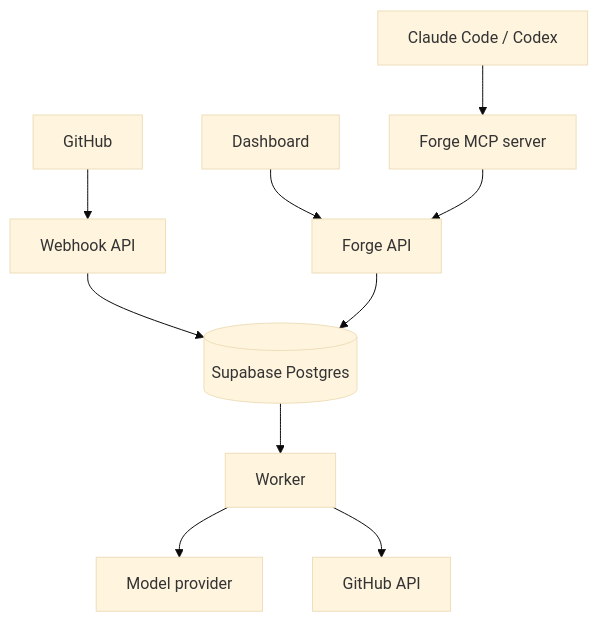
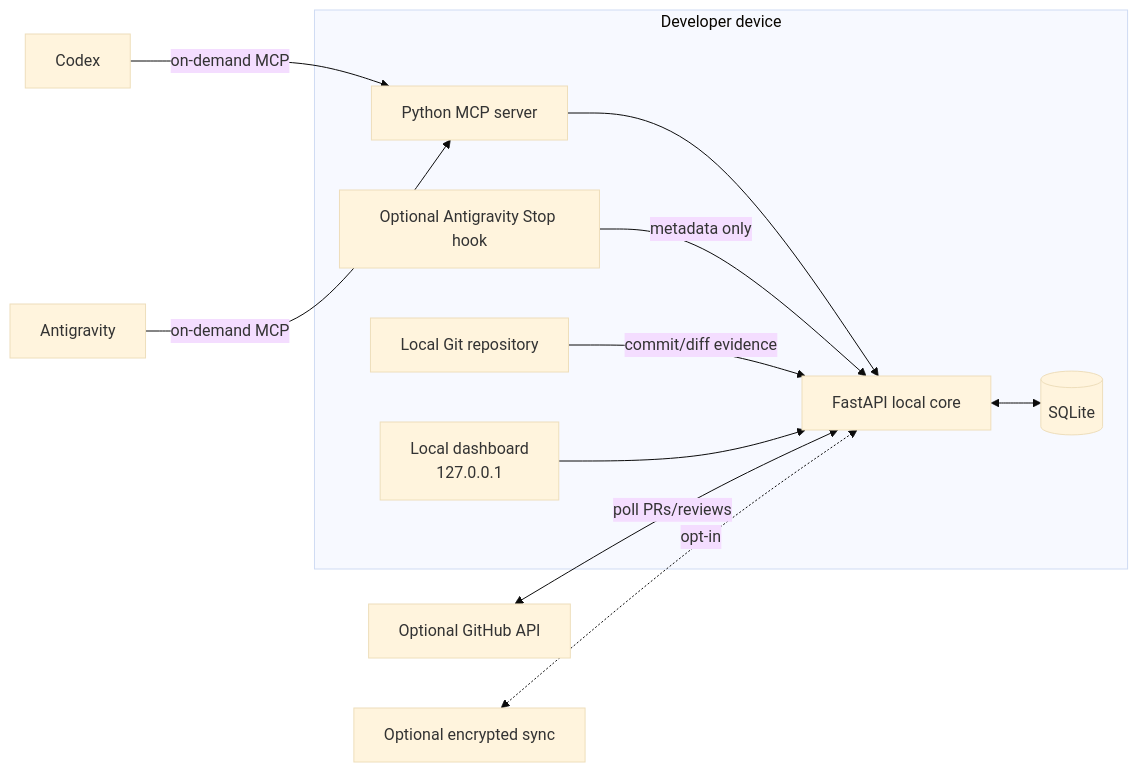
The first of 3 diagrams in docs/ARCHITECTURE.md (jeel1566/Forge), drawn with Mermaid (base theme) before and after one commit. The commit also changed other lines of this file and 33 other files, not shown here.

Commit message:
Build Forge local foundation

````diff
--- a/docs/ARCHITECTURE.md
+++ b/docs/ARCHITECTURE.md
@@ -5,12 +5,20 @@
 ```mermaid
-flowchart TD
-  GH[GitHub] --> WH[Webhook API]
-  AG[Claude Code / Codex] --> MCP[Forge MCP server]
-  UI[Dashboard] --> API[Forge API]
-  WH --> DB[(Supabase Postgres)]
+flowchart LR
+  subgraph Device[Developer device]
+    UI[Local dashboard\n127.0.0.1]
+    API[FastAPI local core]
+    DB[(SQLite)]
+    Git[Local Git repository]
+    MCP[Python MCP server]
+    Hook[Optional Antigravity Stop hook]
+  end
+  Codex[Codex] -->|on-demand MCP| MCP
+  Antigravity[Antigravity] -->|on-demand MCP| MCP
   MCP --> API
-  API --> DB
-  DB --> W[Worker]
-  W --> LLM[Model provider]
-  W --> GHAPI[GitHub API]
+  Hook -->|metadata only| API
+  Git -->|commit/diff evidence| API
+  UI --> API
+  API <--> DB
+  GH[Optional GitHub API] <-->|poll PRs/reviews| API
+  Sync[Optional encrypted sync] <-. opt-in .-> API
 ```
````
